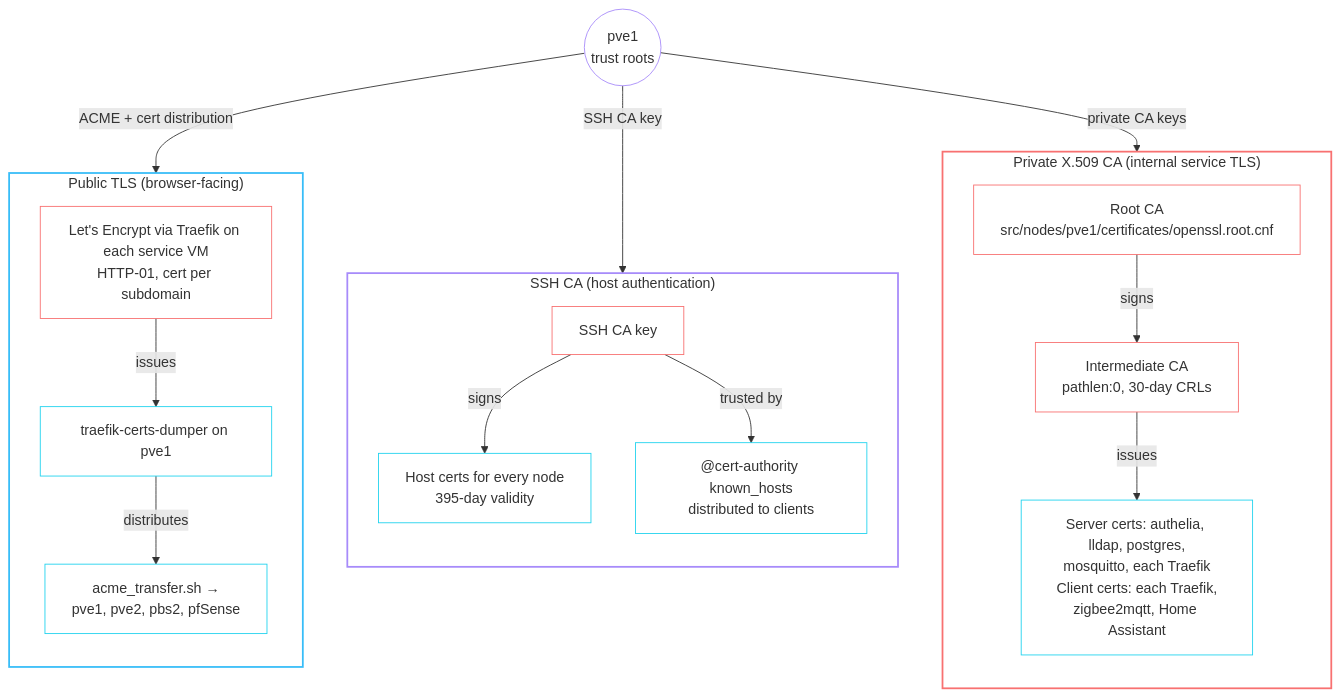
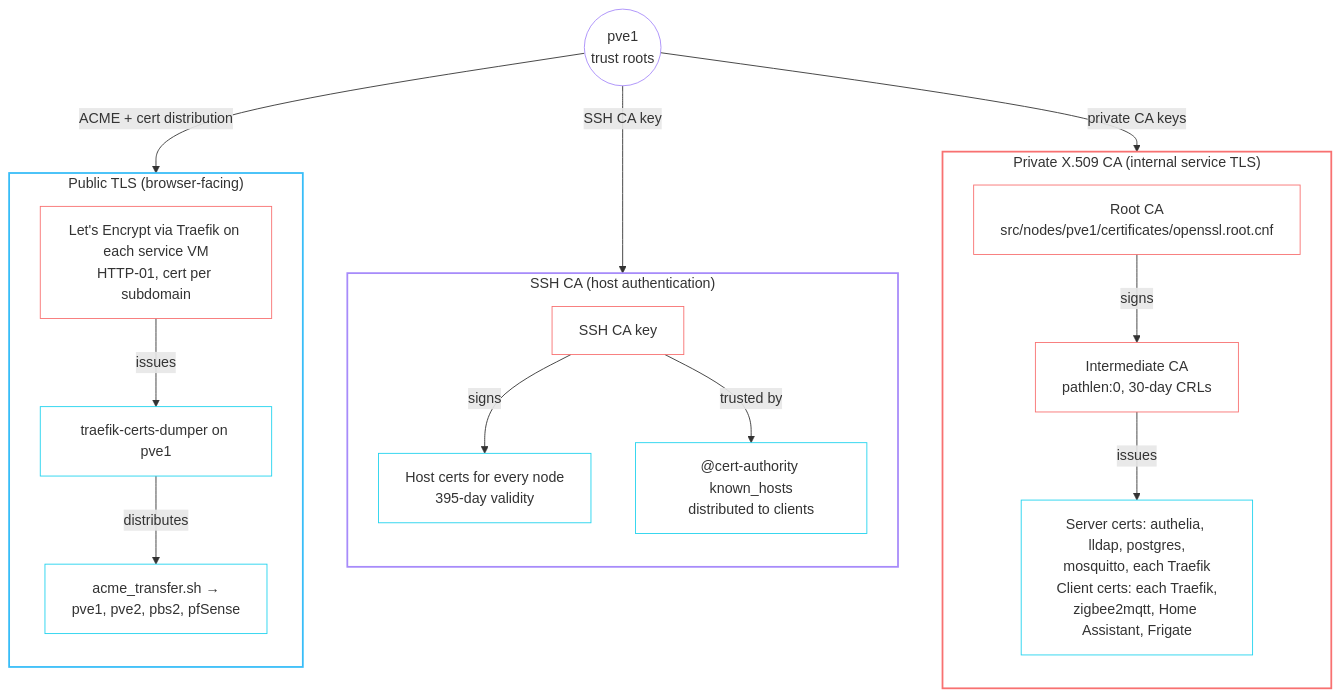
The second of 2 diagrams in rendered/docs/security.md (babraham123/homelab), drawn with Mermaid before and after one commit. The commit also changed 48 other files, not shown here.

````diff
--- a/rendered/docs/security.md
+++ b/rendered/docs/security.md
@@ -152,43 +152,43 @@
 ```mermaid
 flowchart TB
     pve1(("pve1<br/>trust roots"))
 
     subgraph x509["Private X.509 CA (internal service TLS)"]
         direction TB
         root["Root CA<br/>src/nodes/pve1/certificates/openssl.root.cnf"]
         inter["Intermediate CA<br/>pathlen:0, 30-day CRLs"]
-        svc["Server certs: authelia, lldap, postgres,<br/>mosquitto, each Traefik<br/>Client certs: each Traefik,<br/>zigbee2mqtt, Home Assistant"]
+        svc["Server certs: authelia, lldap, postgres,<br/>mosquitto, each Traefik<br/>Client certs: each Traefik,<br/>zigbee2mqtt, Home Assistant, Frigate"]
         root -- "signs" --> inter -- "issues" --> svc
     end
 
     subgraph ssh["SSH CA (host authentication)"]
         direction TB
         sshca["SSH CA key"]
         hosts["Host certs for every node<br/>395-day validity"]
         known["@cert-authority known_hosts<br/>distributed to clients"]
         sshca -- "signs" --> hosts
         sshca -- "trusted by" --> known
     end
 
     subgraph public["Public TLS (browser-facing)"]
         direction TB
         le["Let's Encrypt via Traefik on each service VM<br/>HTTP-01, cert per subdomain"]
         dumper["traefik-certs-dumper on pve1"]
         xfer["acme_transfer.sh →<br/>pve1, pve2, pbs2, pfSense"]
         le -- "issues" --> dumper -- "distributes" --> xfer
     end
 
     pve1 -- "private CA keys" --> root
     pve1 -- "SSH CA key" --> sshca
     pve1 -- "ACME + cert distribution" --> le
 
     style x509 stroke:#f87171,stroke-width:2px,fill:transparent
     style ssh stroke:#a78bfa,stroke-width:2px,fill:transparent
     style public stroke:#38bdf8,stroke-width:2px,fill:transparent
     classDef ca stroke:#f87171,fill:transparent
     classDef dist stroke:#22d3ee,fill:transparent
     class root,inter,sshca,le ca
     class svc,hosts,known,dumper,xfer dist
     class pve1 host
     classDef host stroke:#a78bfa,fill:transparent
 ```
````
